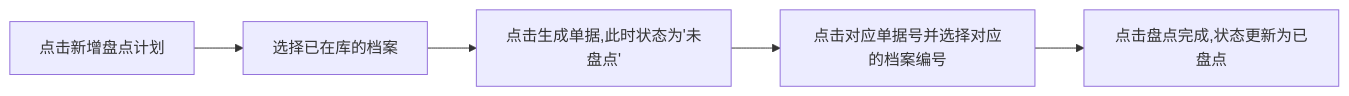
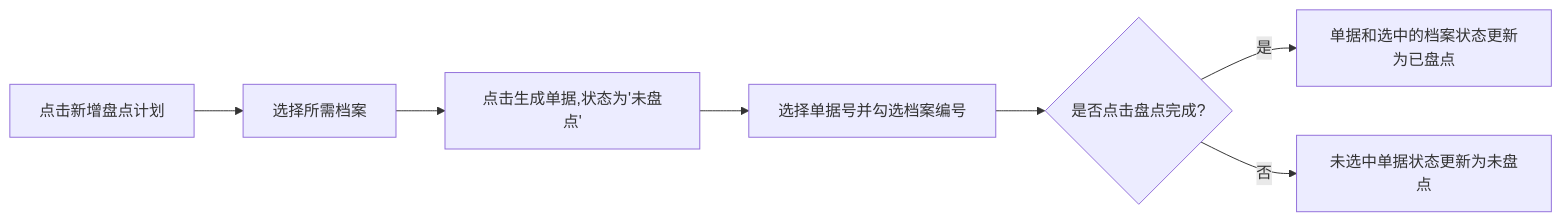
The fourth of 4 diagrams in README.md (Lishengzuo/project-document-management), drawn with Mermaid before and after one commit. The commit also changed other lines of this file, not shown here.

````diff
--- a/README.md
+++ b/README.md
@@ -217,7 +232,9 @@
 ```mermaid
 graph LR
-A[点击新增盘点计划]-->B[选择已在库的档案]
-B-->C[点击生成单据,此时状态为'未盘点']
-C-->D[点击对应单据号并选择对应的档案编号]
-D-->E[点击盘点完成,状态更新为已盘点]
+A[点击新增盘点计划]-->B[选择所需档案]
+B-->C[点击生成单据,状态为'未盘点']
+C-->D[选择单据号并勾选档案编号]
+D-->E{是否点击盘点完成?}
+E-->|是|F[单据和选中的档案状态更新为已盘点]
+E-->|否|G[未选中单据状态更新为未盘点]
 ```
````
